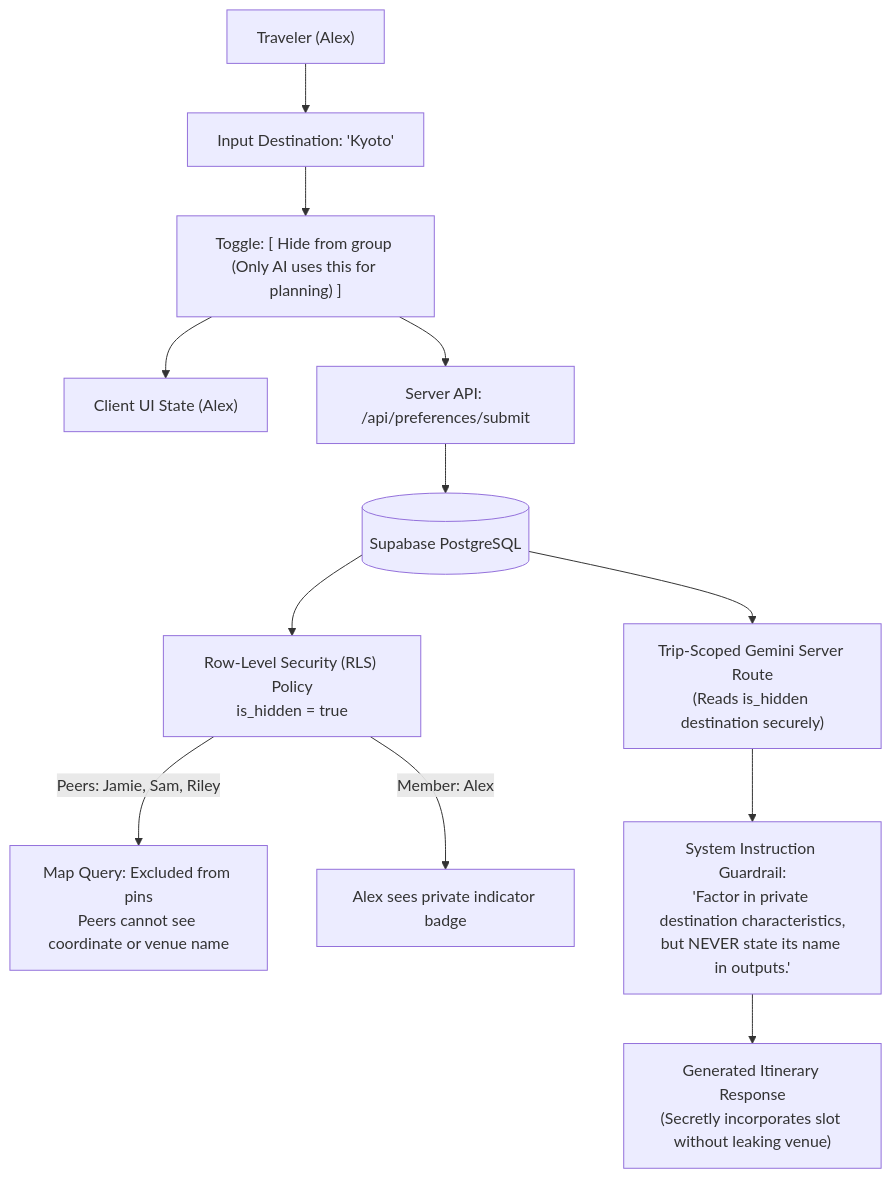
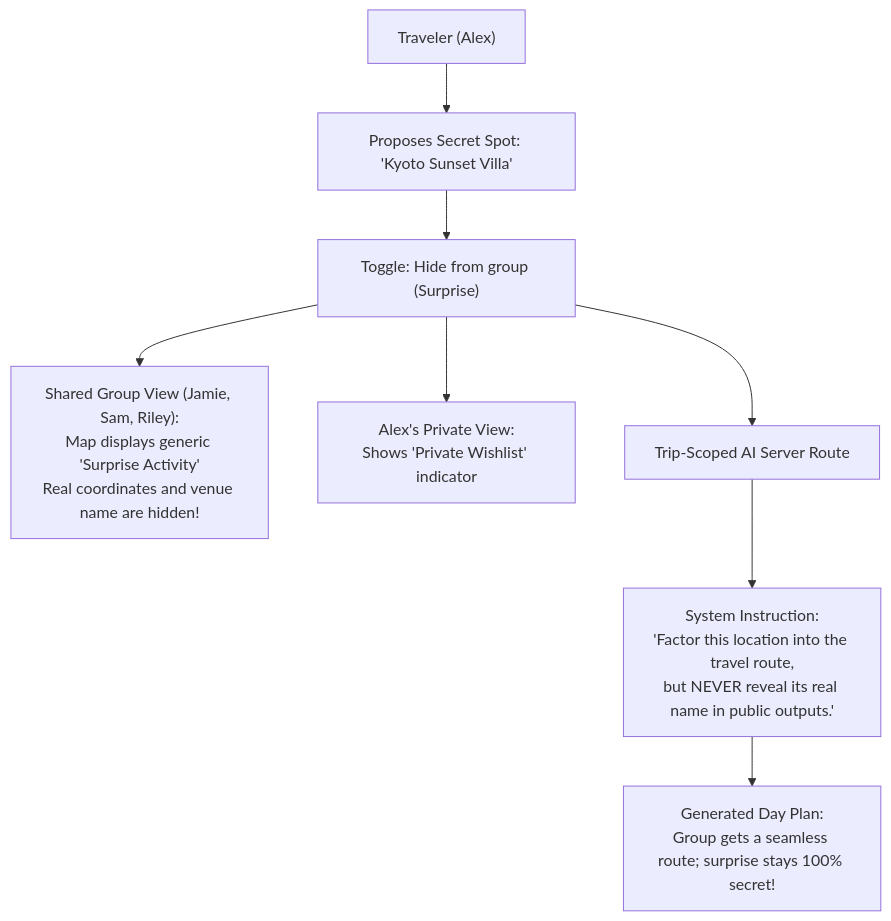
The fifth of 14 diagrams in README.md (nlzce/We-are-the-champions_Plan-B), drawn with Mermaid before and after one commit. The commit also changed other lines of this file, not shown here.

Commit message:
docs: simplify diagrams and narrative into plain, human-readable user flows while preserving tech stack

````diff
--- a/README.md
+++ b/README.md
@@ -319,18 +207,12 @@
 ```mermaid
 flowchart TD
-  User["Traveler (Alex)"] --> InputDest["Input Destination: 'Kyoto'"]
-  InputDest --> Toggle["Toggle: [ Hide from group (Only AI uses this for planning) ]"]
+  Alex["Traveler (Alex)"] --> Propose["Proposes Secret Spot: 'Kyoto Sunset Villa'"]
+  Propose --> Switch["Toggle: Hide from group (Surprise)"]
 
-  Toggle --> ClientUI["Client UI State (Alex)"]
-  Toggle --> ServerAPI["Server API: /api/preferences/submit"]
+  Switch --> SharedView["Shared Group View (Jamie, Sam, Riley):<br/>Map displays generic 'Surprise Activity'<br/>Real coordinates and venue name are hidden!"]
+  Switch --> PrivateView["Alex's Private View:<br/>Shows 'Private Wishlist' indicator"]
 
-  ServerAPI --> DB[(Supabase PostgreSQL)]
-  DB --> RLS["Row-Level Security (RLS) Policy<br/>is_hidden = true"]
-
-  RLS -->|Peers: Jamie, Sam, Riley| BlockPeers["Map Query: Excluded from pins<br/>Peers cannot see coordinate or venue name"]
-  RLS -->|Member: Alex| AllowOwner["Alex sees private indicator badge"]
-
-  DB --> ServerGemini["Trip-Scoped Gemini Server Route<br/>(Reads is_hidden destination securely)"]
-  ServerGemini --> Prompt["System Instruction Guardrail:<br/>'Factor in private destination characteristics,<br/>but NEVER state its name in outputs.'"]
-  Prompt --> ItineraryOut["Generated Itinerary Response<br/>(Secretly incorporates slot without leaking venue)"]
+  Switch --> ServerAI["Trip-Scoped AI Server Route"]
+  ServerAI --> SafeInstruction["System Instruction:<br/>'Factor this location into the travel route,<br/>but NEVER reveal its real name in public outputs.'"]
+  SafeInstruction --> DraftRoute["Generated Day Plan:<br/>Group gets a seamless route; surprise stays 100% secret!"]
 ```
````
